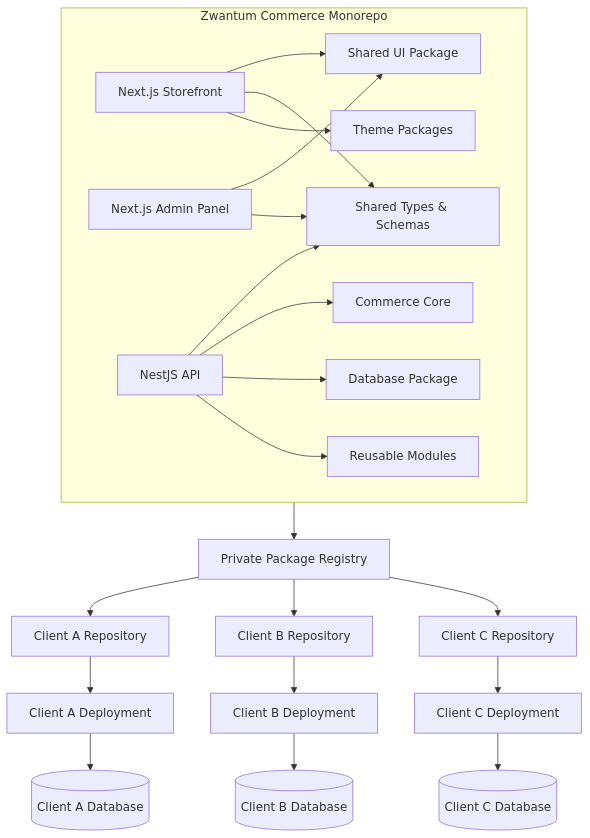
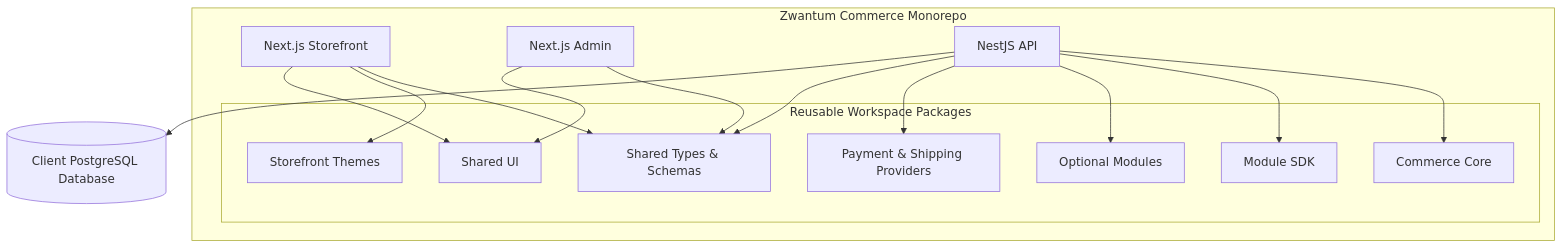
One commit to zwantum/zwantum-ecom-mudule changed the diagram in README.md. Above: the diagram before and after it, drawn with Mermaid. The commit also changed other lines of this file and 1 other file, not shown here.

````diff
--- a/README.md
+++ b/README.md
@@ -85,52 +107,33 @@
 ```mermaid
 flowchart TB
-
-    subgraph CORE["Zwantum Commerce Monorepo"]
-
+    subgraph MONOREPO["Zwantum Commerce Monorepo"]
         SF["Next.js Storefront"]
-
-        ADMIN["Next.js Admin Panel"]
-
+        ADMIN["Next.js Admin"]
         API["NestJS API"]
 
-        UI["Shared UI Package"]
+        subgraph PACKAGES["Reusable Workspace Packages"]
+            CORE["Commerce Core"]
+            SDK["Module SDK"]
+            SHARED["Shared Types & Schemas"]
+            UI["Shared UI"]
+            MODULES["Optional Modules"]
+            PROVIDERS["Payment & Shipping Providers"]
+            THEMES["Storefront Themes"]
+        end
 
-        TYPES["Shared Types & Schemas"]
+        SF --> SHARED
+        SF --> THEMES
+        SF --> UI
 
-        COMMERCE["Commerce Core"]
-
-        DBPKG["Database Package"]
-
-        THEMES["Theme Packages"]
-
-        MODULES["Reusable Modules"]
-
-        SF --> UI
+        ADMIN --> SHARED
         ADMIN --> UI
 
-        SF --> TYPES
-        ADMIN --> TYPES
-        API --> TYPES
-
-        API --> COMMERCE
-        API --> DBPKG
+        API --> CORE
+        API --> SDK
         API --> MODULES
-
-        SF --> THEMES
-
+        API --> PROVIDERS
+        API --> SHARED
     end
 
-    CORE --> REGISTRY["Private Package Registry"]
-
-    REGISTRY --> CLIENT1["Client A Repository"]
-    REGISTRY --> CLIENT2["Client B Repository"]
-    REGISTRY --> CLIENT3["Client C Repository"]
-
-    CLIENT1 --> DEPLOY1["Client A Deployment"]
-    CLIENT2 --> DEPLOY2["Client B Deployment"]
-    CLIENT3 --> DEPLOY3["Client C Deployment"]
-
-    DEPLOY1 --> DB1[("Client A Database")]
-    DEPLOY2 --> DB2[("Client B Database")]
-    DEPLOY3 --> DB3[("Client C Database")]
+    API --> DB[("Client PostgreSQL Database")]
 ```
````
